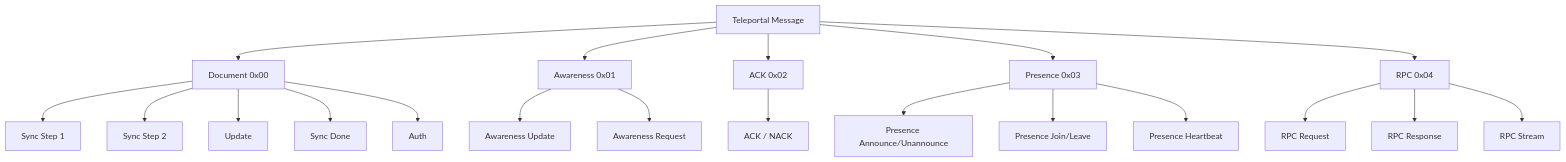
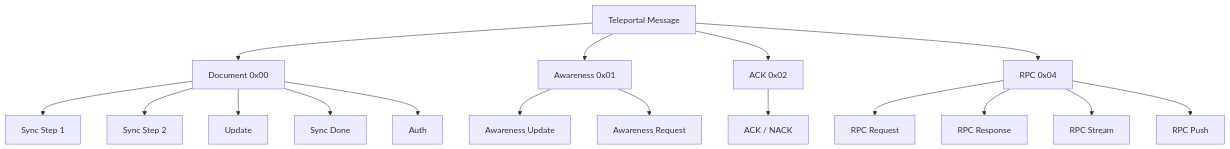
Before and after one commit to nperez0111/teleportal: the second of 17 diagrams in docs/src/content/docs/advanced/protocol.mdx, drawn with Mermaid. The commit also changed other lines of this file and 79 other files, not shown here.

First line of the commit message:
feat(protocol): replace presence wire type with RPC push methods and per-method QoS

````diff
--- a/docs/src/content/docs/advanced/protocol.mdx
+++ b/docs/src/content/docs/advanced/protocol.mdx
@@ -67,27 +67,23 @@
 ```mermaid
 graph TD
     A[Teleportal Message] --> B[Document 0x00]
     A --> C[Awareness 0x01]
     A --> D[ACK 0x02]
-    A --> P[Presence 0x03]
     A --> F[RPC 0x04]
 
     B --> B1[Sync Step 1]
     B --> B2[Sync Step 2]
     B --> B3[Update]
     B --> B4[Sync Done]
     B --> B5[Auth]
 
     C --> C1[Awareness Update]
     C --> C2[Awareness Request]
 
     D --> D1[ACK / NACK]
 
-    P --> P1[Presence Announce/Unannounce]
-    P --> P2[Presence Join/Leave]
-    P --> P3[Presence Heartbeat]
-
     F --> F1[RPC Request]
     F --> F2[RPC Response]
     F --> F3[RPC Stream]
+    F --> F4[RPC Push]
 ```
````
